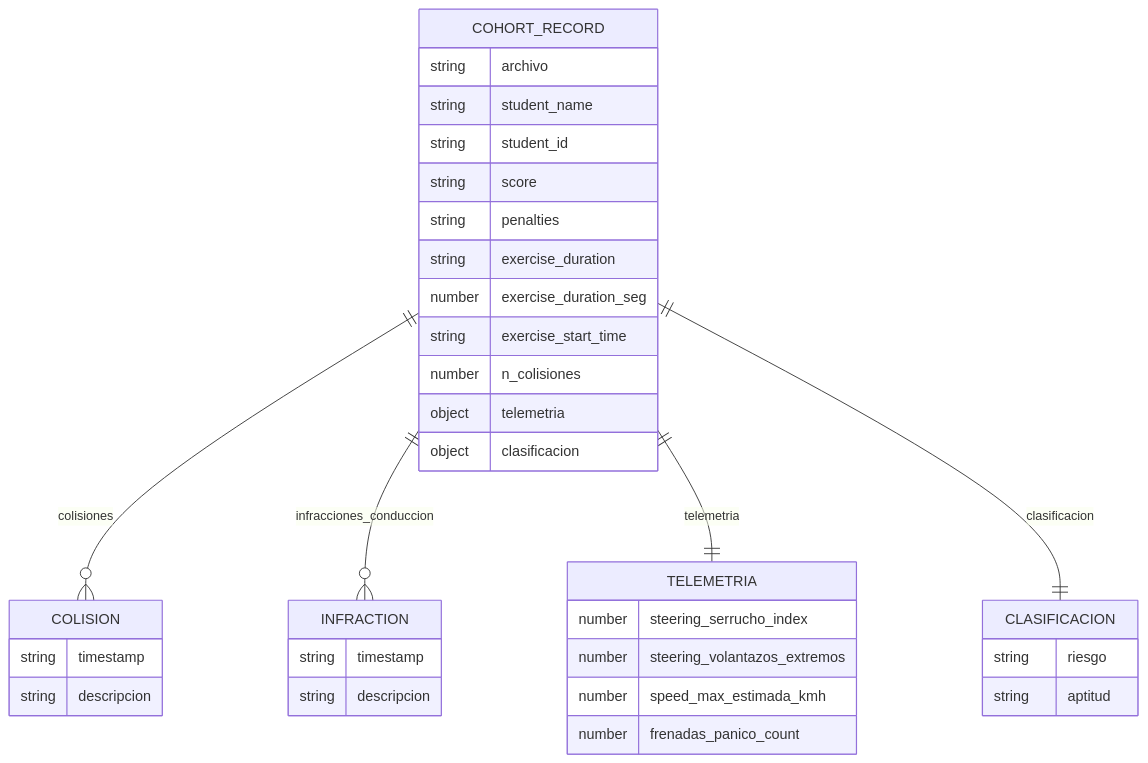
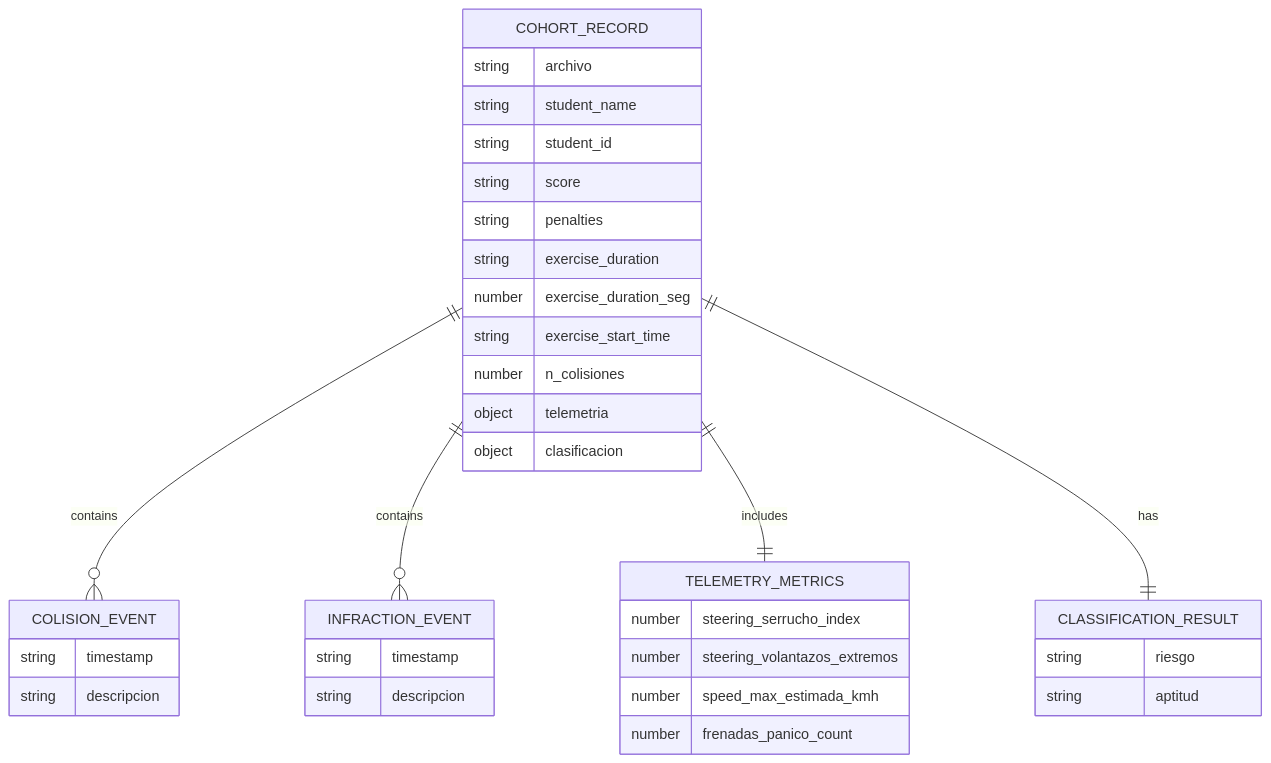
The third of 5 diagrams in .qoder/repowiki/en/content/Core Services & Business Logic/Telemetry Processing Engine.md (AgusCatra/simu-twin-web), drawn with Mermaid before and after one commit. The commit also changed other lines of this file and 63 other files, not shown here.

````diff
--- a/.qoder/repowiki/en/content/Core Services & Business Logic/Telemetry Processing Engine.md
+++ b/.qoder/repowiki/en/content/Core Services & Business Logic/Telemetry Processing Engine.md
@@ -238,38 +313,38 @@
 ```mermaid
 erDiagram
 COHORT_RECORD {
 string archivo
 string student_name
 string student_id
 string score
 string penalties
 string exercise_duration
 number exercise_duration_seg
 string exercise_start_time
 number n_colisiones
 object telemetria
 object clasificacion
 }
-COLISION {
+COLISION_EVENT {
 string timestamp
 string descripcion
 }
-INFRACTION {
+INFRACTION_EVENT {
 string timestamp
 string descripcion
 }
-TELEMETRIA {
+TELEMETRY_METRICS {
 number steering_serrucho_index
 number steering_volantazos_extremos
 number speed_max_estimada_kmh
 number frenadas_panico_count
 }
-CLASIFICACION {
+CLASSIFICATION_RESULT {
 string riesgo
 string aptitud
 }
-COHORT_RECORD ||--o{ COLISION : "colisiones"
-COHORT_RECORD ||--o{ INFRACTION : "infracciones_conduccion"
-COHORT_RECORD ||--|| TELEMETRIA : "telemetria"
-COHORT_RECORD ||--|| CLASIFICACION : "clasificacion"
+COHORT_RECORD ||--o{ COLISION_EVENT : "contains"
+COHORT_RECORD ||--o{ INFRACTION_EVENT : "contains"
+COHORT_RECORD ||--|| TELEMETRY_METRICS : "includes"
+COHORT_RECORD ||--|| CLASSIFICATION_RESULT : "has"
 ```
````
